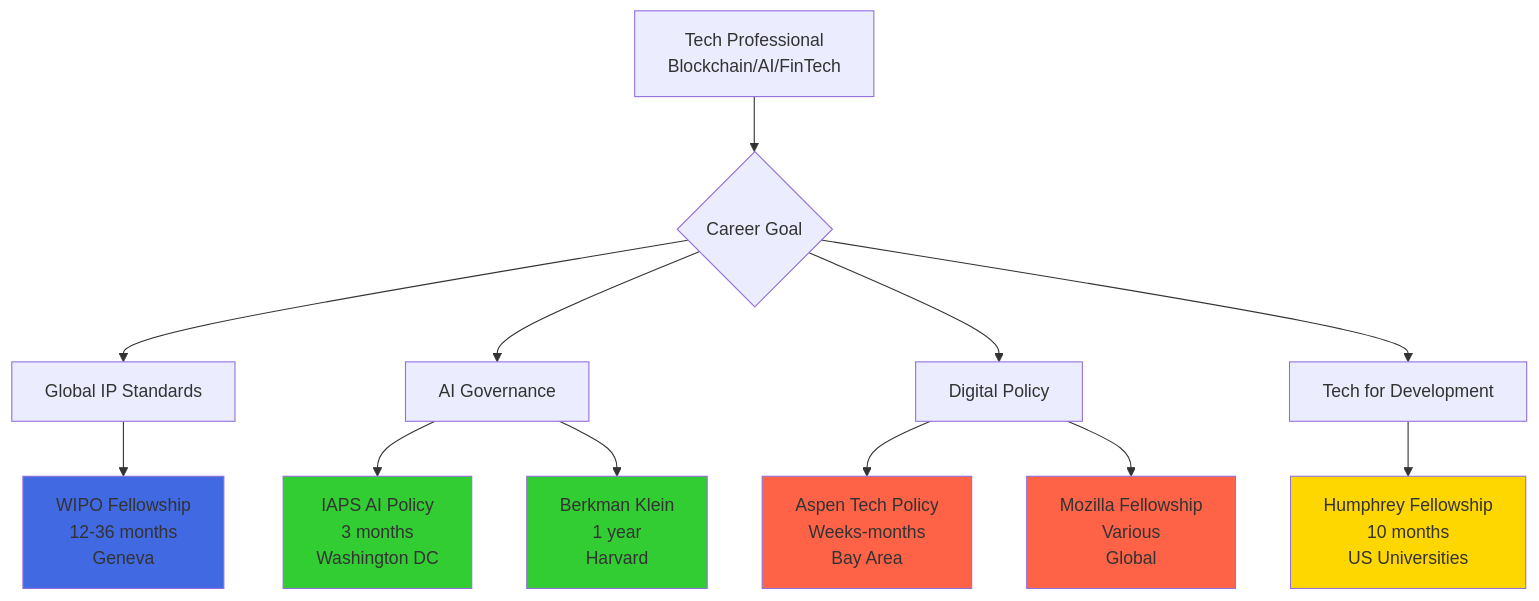
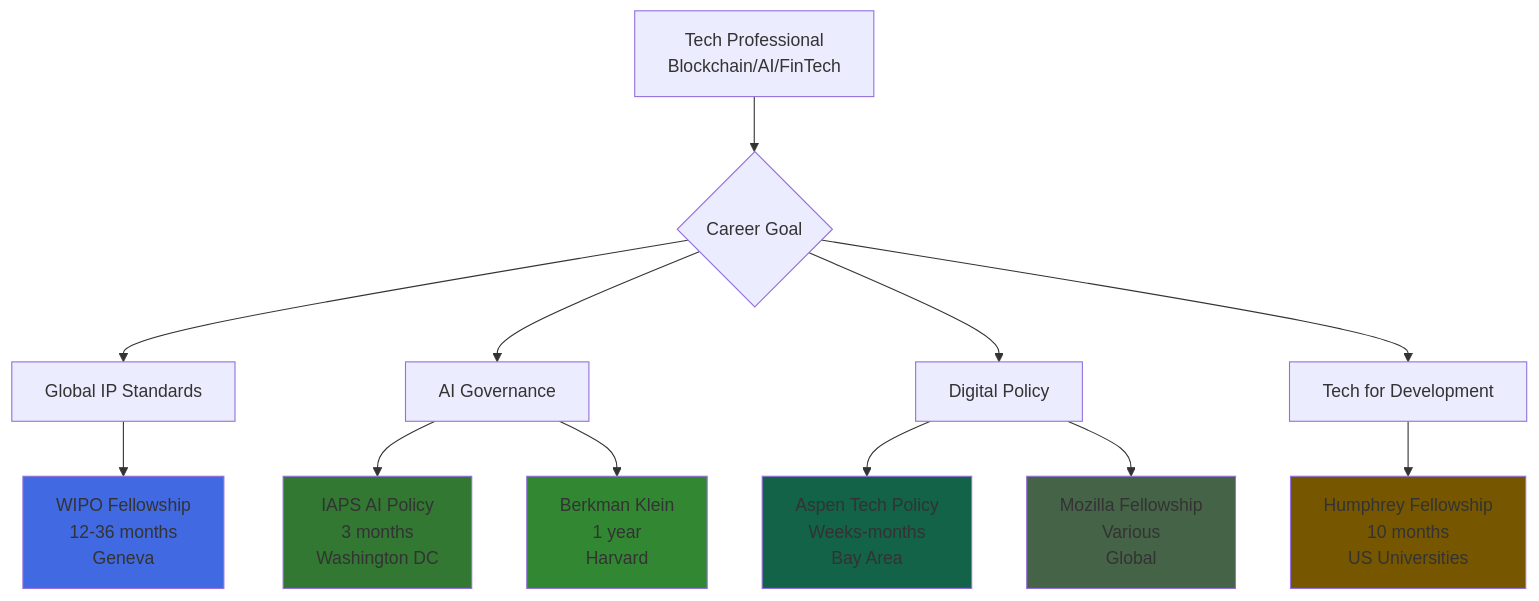
Before and after one commit to rsrini7/Learnings: the sixth of 9 diagrams in News/WIPO-International-Fellowship.md, drawn with Mermaid. The commit also changed other lines of this file, not shown here.

Commit message:
style: update color schemes in documentation diagrams
Update the fill colors in various Mermaid diagrams to use more consistent and visually distinct color schemes. The changes improve readability and visual hierarchy in the documentation.

````diff
--- a/News/WIPO-International-Fellowship.md
+++ b/News/WIPO-International-Fellowship.md
@@ -472,26 +472,26 @@
 ```mermaid
 graph TB
     A[Tech Professional<br/>Blockchain/AI/FinTech] --> B{Career Goal}
     
     B --> C[Global IP Standards]
     B --> D[AI Governance]
     B --> E[Digital Policy]
     B --> F[Tech for Development]
     
     C --> C1[WIPO Fellowship<br/>12-36 months<br/>Geneva]
     
     D --> D1[IAPS AI Policy<br/>3 months<br/>Washington DC]
     D --> D2[Berkman Klein<br/>1 year<br/>Harvard]
     
     E --> E1[Aspen Tech Policy<br/>Weeks-months<br/>Bay Area]
     E --> E2[Mozilla Fellowship<br/>Various<br/>Global]
     
     F --> F1[Humphrey Fellowship<br/>10 months<br/>US Universities]
     
     style C1 fill:#4169E1
-    style D1 fill:#32CD32
-    style D2 fill:#32CD32
-    style E1 fill:#FF6347
-    style E2 fill:#FF6347
-    style F1 fill:#FFD700
+    style D1 fill:#327732
+    style D2 fill:#328832
+    style E1 fill:#126347
+    style E2 fill:#456347
+    style F1 fill:#765700
 ```
````
